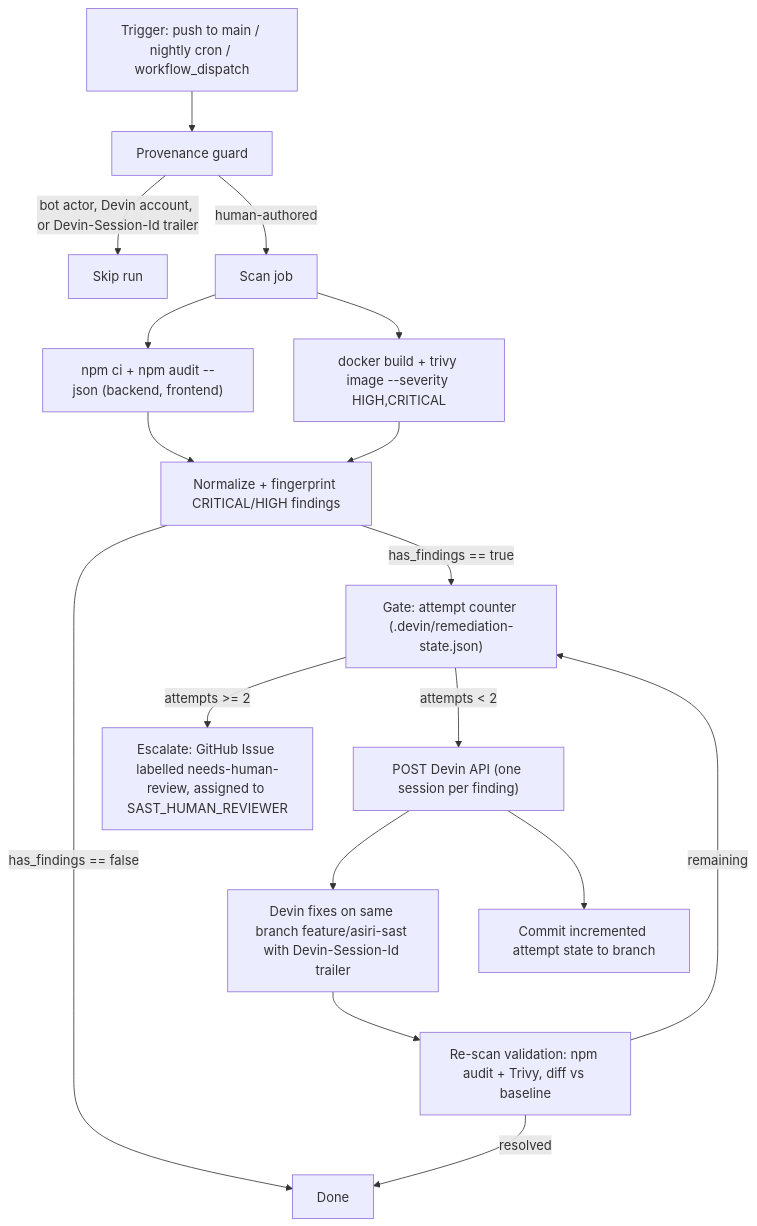
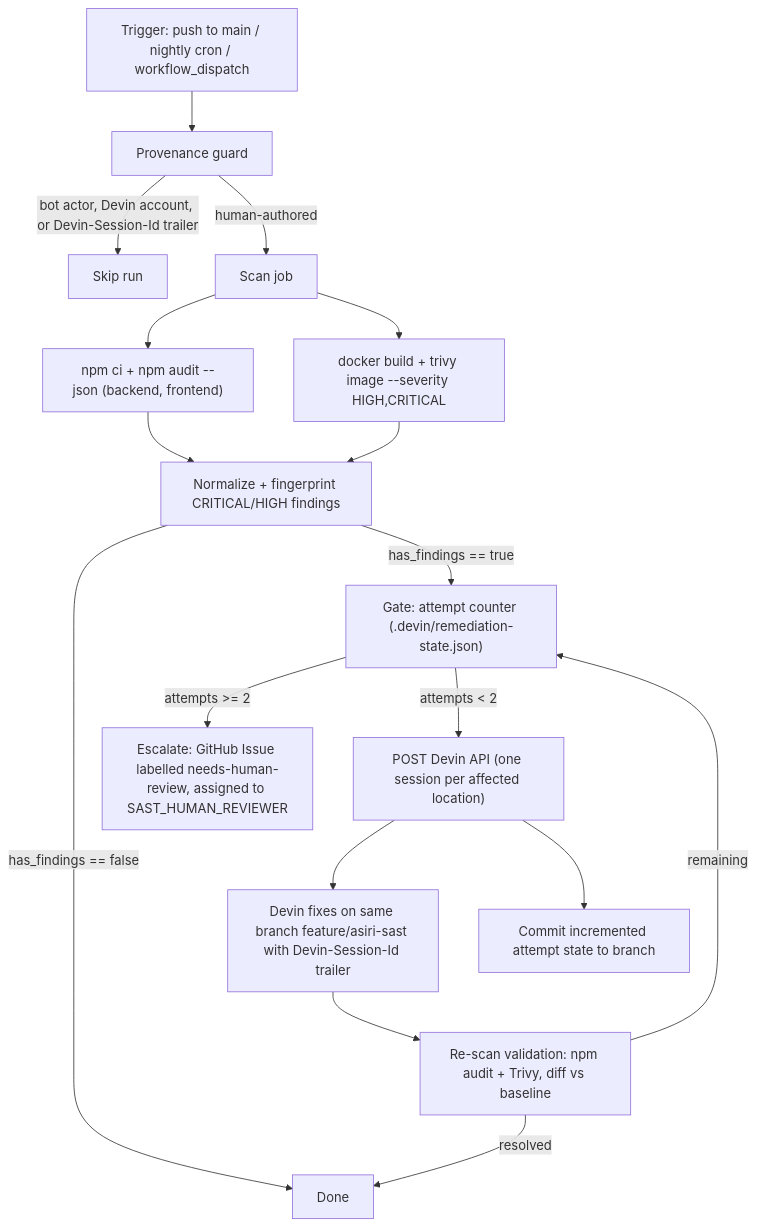
Before and after one commit to codev-workshops/timesheet-app: the second of 2 diagrams in ARCHITECTURE.md, drawn with Mermaid. The commit also changed 2 other files, not shown here.

Commit message:
sast-auto-remediate: group Devin sessions per location, drop transitive-only npm entries, fix escalation issue lookup

````diff
--- a/ARCHITECTURE.md
+++ b/ARCHITECTURE.md
@@ -47,19 +47,19 @@
 ```mermaid
 flowchart TD
   T["Trigger: push to main / nightly cron / workflow_dispatch"] --> P["Provenance guard"]
   P -->|"bot actor, Devin account, or Devin-Session-Id trailer"| X["Skip run"]
   P -->|"human-authored"| S["Scan job"]
   S --> A["npm ci + npm audit --json (backend, frontend)"]
   S --> I["docker build + trivy image --severity HIGH,CRITICAL"]
   A --> N["Normalize + fingerprint CRITICAL/HIGH findings"]
   I --> N
   N -->|"has_findings == false"| Z["Done"]
   N -->|"has_findings == true"| G["Gate: attempt counter (.devin/remediation-state.json)"]
   G -->|"attempts >= 2"| H["Escalate: GitHub Issue labelled needs-human-review, assigned to SAST_HUMAN_REVIEWER"]
-  G -->|"attempts < 2"| C["POST Devin API (one session per finding)"]
+  G -->|"attempts < 2"| C["POST Devin API (one session per affected location)"]
   C --> F["Devin fixes on same branch feature/asiri-sast with Devin-Session-Id trailer"]
   C --> W["Commit incremented attempt state to branch"]
   F --> R["Re-scan validation: npm audit + Trivy, diff vs baseline"]
   R -->|"resolved"| Z
   R -->|"remaining"| G
 ```
````
